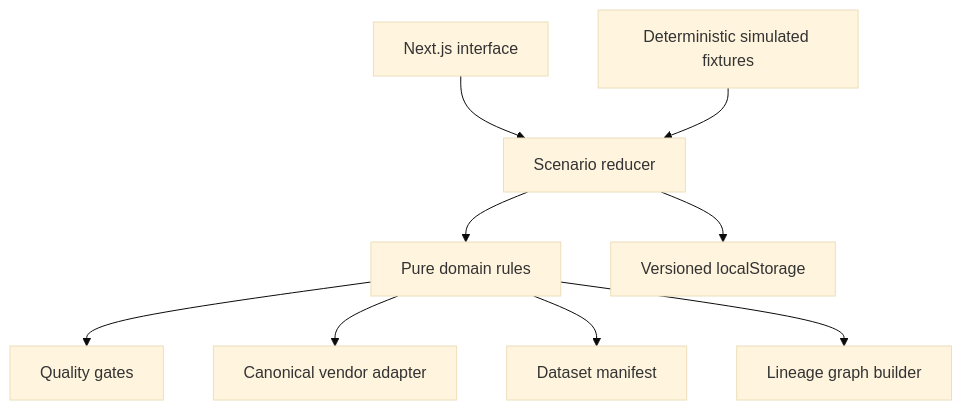
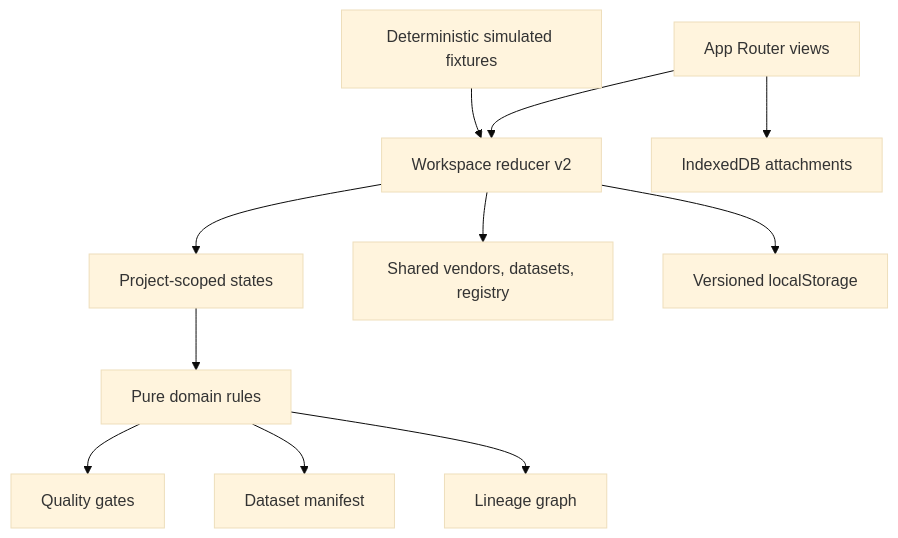
The third of 3 diagrams in README.md (Hades-HY-LI/SignalOps), drawn with Mermaid (base theme) before and after one commit. The commit also changed other lines of this file and 29 other files, not shown here.

Commit message:
feat: add multi-project operations workspace

````diff
--- a/README.md
+++ b/README.md
@@ -61,11 +75,13 @@
 ```mermaid
 flowchart TB
-    UI["Next.js interface"] --> STATE["Scenario reducer"]
-    STATE --> DOMAIN["Pure domain rules"]
-    STATE --> STORAGE["Versioned localStorage"]
-    DOMAIN --> QA["Quality gates"]
-    DOMAIN --> ADAPTER["Canonical vendor adapter"]
-    DOMAIN --> RELEASE["Dataset manifest"]
-    DOMAIN --> LINEAGE["Lineage graph builder"]
-    FIXTURES["Deterministic simulated fixtures"] --> STATE
+    UI[App Router views] --> WS[Workspace reducer v2]
+    WS --> PS[Project-scoped states]
+    WS --> SH[Shared vendors, datasets, registry]
+    WS --> LS[Versioned localStorage]
+    PS --> DOMAIN[Pure domain rules]
+    DOMAIN --> QA[Quality gates]
+    DOMAIN --> MANIFEST[Dataset manifest]
+    DOMAIN --> LINEAGE[Lineage graph]
+    UI --> IDB[IndexedDB attachments]
+    FIXTURES[Deterministic simulated fixtures] --> WS
 ```
````
